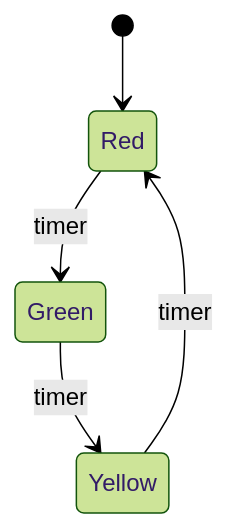
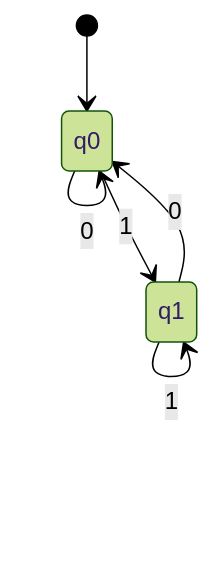
Before and after one commit to namaewafaisal/Obsidian_Vault: the first of 4 diagrams in 03-Academics/OOSE/New Draft/5.9 — Finite State Machine (FSM).md, drawn with Mermaid (forest theme). The commit also changed other lines of this file and 4 other files, not shown here.

````diff
--- a/03-Academics/OOSE/New Draft/5.9 — Finite State Machine (FSM).md
+++ b/03-Academics/OOSE/New Draft/5.9 — Finite State Machine (FSM).md
@@ -32,8 +86,11 @@
 ```mermaid
 stateDiagram-v2
-    [*] --> Red
 
-    Red --> Green : timer
-    Green --> Yellow : timer
-    Yellow --> Red : timer
+[*] --> q0
+
+q0 --> q1 : 1
+q0 --> q0 : 0
+
+q1 --> q1 : 1
+q1 --> q0 : 0
 ```
````
